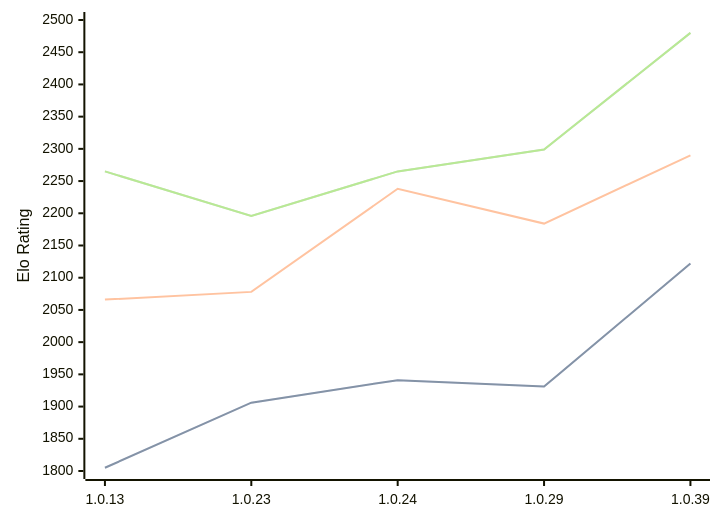
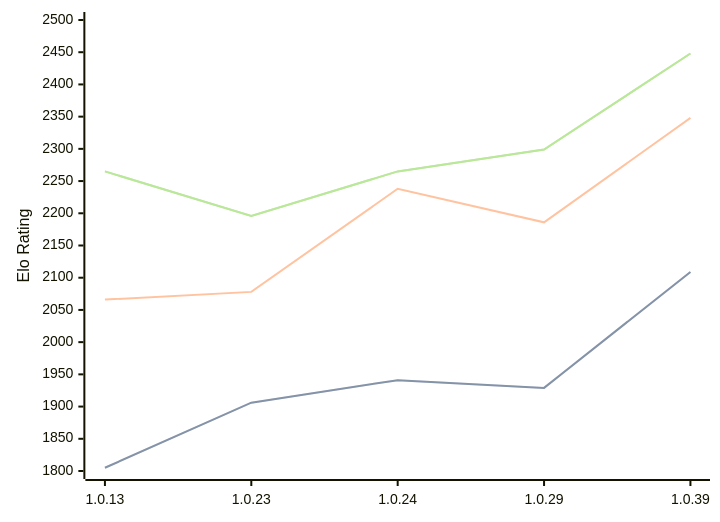
Before and after one commit to computer-chess-index/cci: the diagram in engines/RustyRival.md, drawn with Mermaid. The commit also changed other lines of this file, not shown here.

Commit message:
Update CCI Ratings (ELO VLTC) - 2026-04-02

````diff
--- a/engines/RustyRival.md
+++ b/engines/RustyRival.md
@@ -65,11 +65,11 @@
 ```mermaid
 %%{init: {"theme":"base","themeVariables":{"seriesColors:['#a3a3a3','#222221','#faa371']}}}%%
 xychart-beta
   x-axis ["1.0.13", "1.0.23", "1.0.24", "1.0.29", "1.0.39"]
   y-axis "Elo Rating" 1800 --> 2500
-  line "STC (8.0+0.08s)" [1805, 1906, 1941, 1931, 2122]
-  line "STC (8.0+0.08s)" [1805, 1906, 1941, 1931, 2122]
-  line "LTC (60.0+0.60s)" [2066, 2078, 2238, 2184, 2290]
-  line "VLTC (2m24s+1.12s)" [2265, 2196, 2265, 2299, 2480]
-  line "VLTC (2m24s+1.12s)" [2265, 2196, 2265, 2299, 2480]
+  line "STC (8.0+0.08s)" [1805, 1906, 1941, 1929, 2109]
+  line "STC (8.0+0.08s)" [1805, 1906, 1941, 1929, 2109]
+  line "LTC (60.0+0.60s)" [2066, 2078, 2238, 2186, 2348]
+  line "VLTC (2m24s+1.12s)" [2265, 2196, 2265, 2299, 2448]
+  line "VLTC (2m24s+1.12s)" [2265, 2196, 2265, 2299, 2448]
 ```
````
